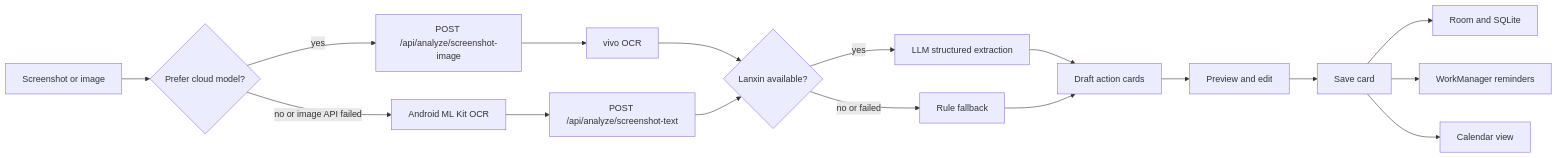
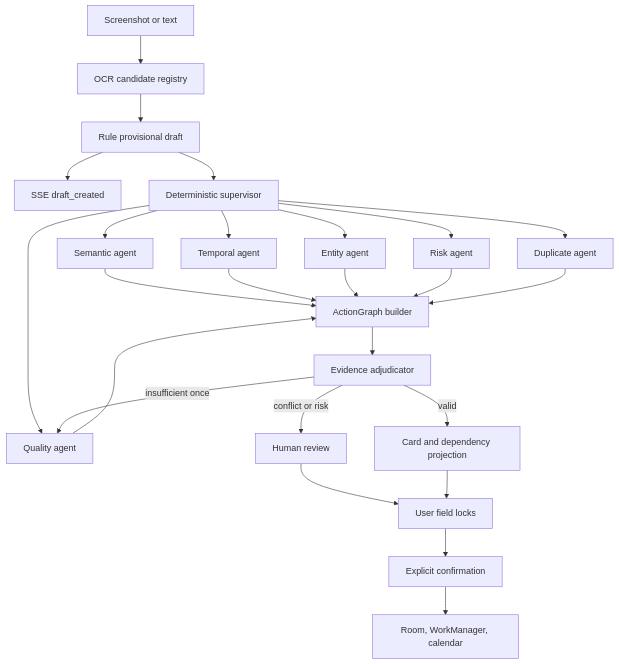
One commit to Crystalclear9/AigcProject changed the diagram in docs/architecture/ARCHITECTURE.md. Above: the diagram before and after it, drawn with Mermaid. The commit also changed other lines of this file and 32 other files, not shown here.

````diff
--- a/docs/architecture/ARCHITECTURE.md
+++ b/docs/architecture/ARCHITECTURE.md
@@ -5,19 +5,27 @@
 ```mermaid
-flowchart LR
-    A["Screenshot or image"] --> B{"Prefer cloud model?"}
-    B -->|yes| C["POST /api/analyze/screenshot-image"]
-    C --> D["vivo OCR"]
-    D --> E{"Lanxin available?"}
-    B -->|no or image API failed| F["Android ML Kit OCR"]
-    F --> G["POST /api/analyze/screenshot-text"]
-    G --> E
-    E -->|yes| H["LLM structured extraction"]
-    E -->|no or failed| I["Rule fallback"]
-    H --> J["Draft action cards"]
-    I --> J
-    J --> K["Preview and edit"]
-    K --> L["Save card"]
-    L --> M["Room and SQLite"]
-    L --> N["WorkManager reminders"]
-    L --> O["Calendar view"]
+flowchart TD
+    A["Screenshot or text"] --> B["OCR candidate registry"]
+    B --> C["Rule provisional draft"]
+    C --> D["SSE draft_created"]
+    C --> E["Deterministic supervisor"]
+    E --> F["Semantic agent"]
+    E --> G["Temporal agent"]
+    E --> H["Entity agent"]
+    E --> I["Risk agent"]
+    E --> J["Duplicate agent"]
+    E --> K["Quality agent"]
+    F --> L["ActionGraph builder"]
+    G --> L
+    H --> L
+    I --> L
+    J --> L
+    K --> L
+    L --> M["Evidence adjudicator"]
+    M -->|insufficient once| K
+    M -->|conflict or risk| N["Human review"]
+    M -->|valid| O["Card and dependency projection"]
+    N --> P["User field locks"]
+    O --> P
+    P --> Q["Explicit confirmation"]
+    Q --> R["Room, WorkManager, calendar"]
 ```
````
